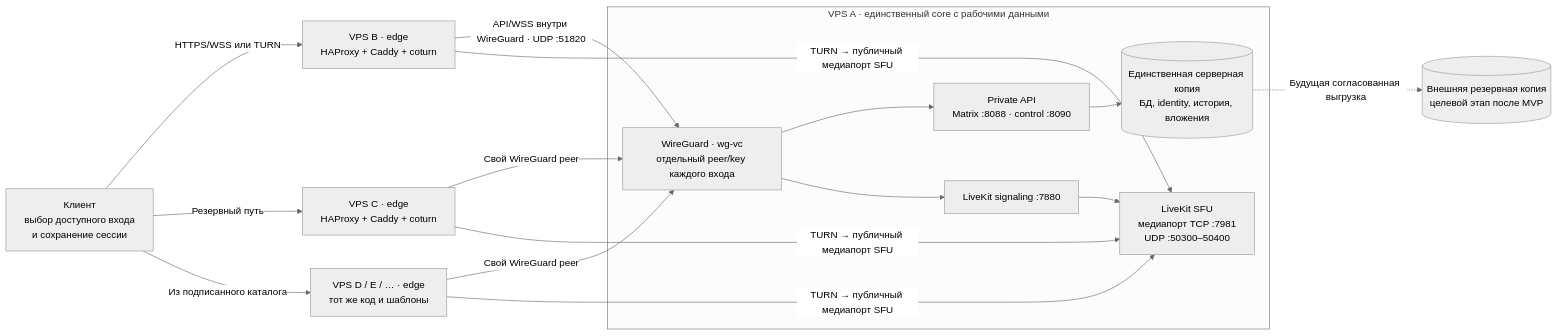
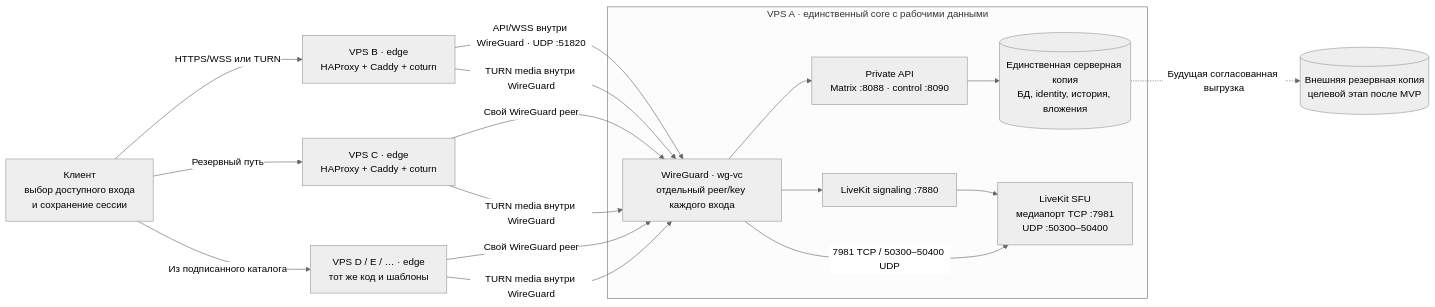
Before and after one commit to kerbermeister/voicechat: the third of 4 diagrams in docs/architecture/network-topology.md, drawn with Mermaid (neutral theme). The commit also changed other lines of this file and 16 other files, not shown here.

Commit message:
Route SFU media through scoped private core address

````diff
--- a/docs/architecture/network-topology.md
+++ b/docs/architecture/network-topology.md
@@ -71,29 +77,30 @@
 ```mermaid
 flowchart LR
     U["Клиент<br/>выбор доступного входа<br/>и сохранение сессии"]
     B["VPS B · edge<br/>HAProxy + Caddy + coturn"]
     C["VPS C · edge<br/>HAProxy + Caddy + coturn"]
     D["VPS D / E / … · edge<br/>тот же код и шаблоны"]
     subgraph A["VPS A · единственный core с рабочими данными"]
         WG["WireGuard · wg-vc<br/>отдельный peer/key каждого входа"]
         API["Private API<br/>Matrix :8088 · control :8090"]
         SIGNAL["LiveKit signaling :7880"]
         SFU["LiveKit SFU<br/>медиапорт TCP :7981<br/>UDP :50300–50400"]
         DB[("Единственная серверная копия<br/>БД, identity, история, вложения")]
         WG --> API
         WG --> SIGNAL
+        WG -->|"7981 TCP / 50300–50400 UDP"| SFU
         API --> DB
         SIGNAL --> SFU
     end
     U -->|"HTTPS/WSS или TURN"| B
     U -->|"Резервный путь"| C
     U -->|"Из подписанного каталога"| D
     B -->|"API/WSS внутри WireGuard · UDP :51820"| WG
     C -->|"Свой WireGuard peer"| WG
     D -->|"Свой WireGuard peer"| WG
-    B -->|"TURN → публичный медиапорт SFU"| SFU
-    C -->|"TURN → публичный медиапорт SFU"| SFU
-    D -->|"TURN → публичный медиапорт SFU"| SFU
+    B -->|"TURN media внутри WireGuard"| WG
+    C -->|"TURN media внутри WireGuard"| WG
+    D -->|"TURN media внутри WireGuard"| WG
     BACKUP[("Внешняя резервная копия<br/>целевой этап после MVP")]
     DB -.->|"Будущая согласованная выгрузка"| BACKUP
 ```
````
